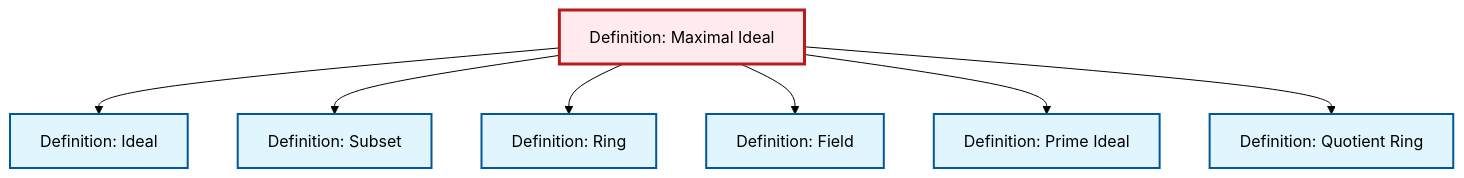
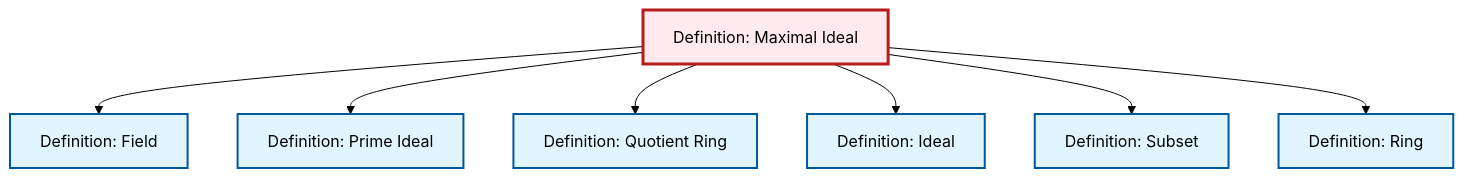
The diagram in output/mermaid/en/def-maximal-ideal.mermaid (RK0429/ModernMath), drawn with Mermaid (forest theme) before and after one commit. The commit also changed other lines of this file and 3096 other files, not shown here.

```diff
--- a/output/mermaid/en/def-maximal-ideal.mermaid
+++ b/output/mermaid/en/def-maximal-ideal.mermaid
@@ -1,21 +1,21 @@
 %%| fig-cap: "Local dependency graph"
 graph TD
     classDef definition fill:#e1f5fe,stroke:#01579b,stroke-width:2px
     classDef theorem fill:#f3e5f5,stroke:#4a148c,stroke-width:2px
     classDef axiom fill:#fff3e0,stroke:#e65100,stroke-width:2px
     classDef example fill:#e8f5e9,stroke:#1b5e20,stroke-width:2px
     classDef current fill:#ffebee,stroke:#b71c1c,stroke-width:3px
     def-quotient-ring["Definition: Quotient Ring"]:::definition
-    def-field["Definition: Field"]:::definition
-    def-maximal-ideal["Definition: Maximal Ideal"]:::definition
+    def-ring["Definition: Ring"]:::definition
     def-subset["Definition: Subset"]:::definition
     def-prime-ideal["Definition: Prime Ideal"]:::definition
-    def-ring["Definition: Ring"]:::definition
+    def-maximal-ideal["Definition: Maximal Ideal"]:::definition
     def-ideal["Definition: Ideal"]:::definition
+    def-field["Definition: Field"]:::definition
+    def-maximal-ideal --> def-field
+    def-maximal-ideal --> def-prime-ideal
+    def-maximal-ideal --> def-quotient-ring
     def-maximal-ideal --> def-ideal
     def-maximal-ideal --> def-subset
     def-maximal-ideal --> def-ring
-    def-maximal-ideal --> def-field
-    def-maximal-ideal --> def-prime-ideal
-    def-maximal-ideal --> def-quotient-ring
     class def-maximal-ideal current
```
